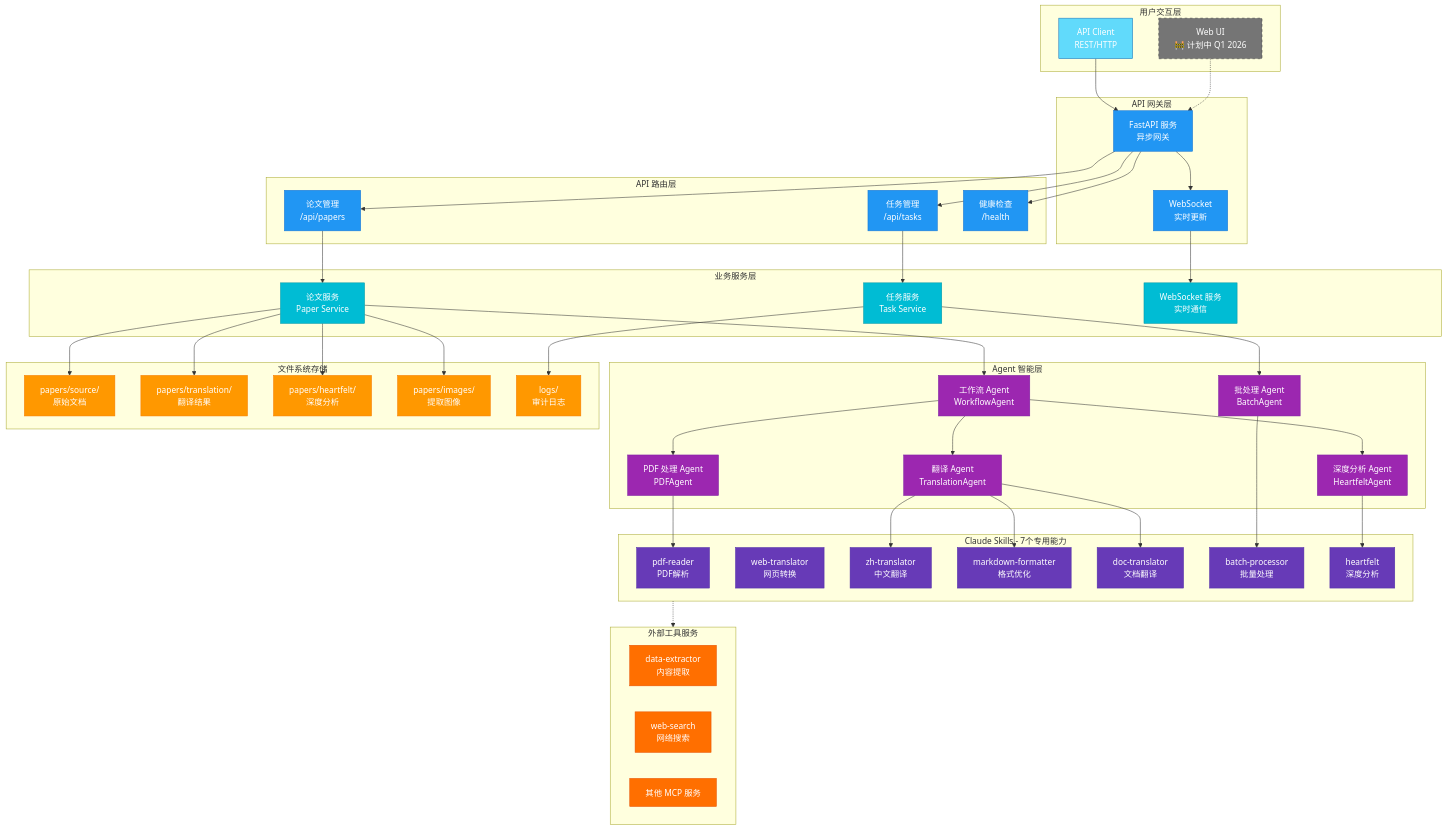
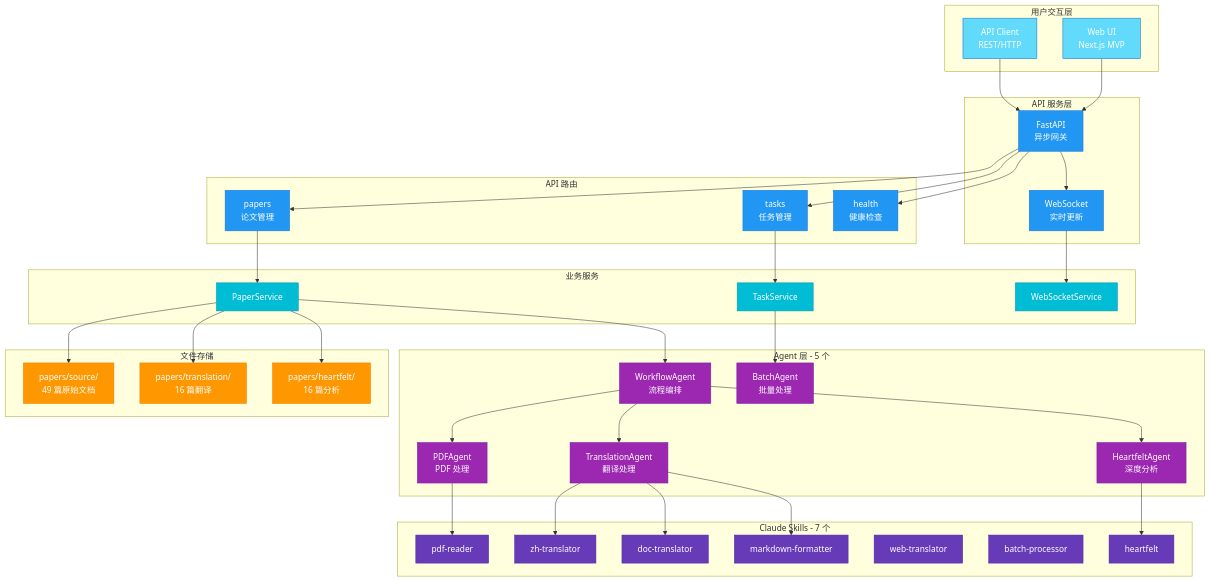
The first of 2 diagrams in docs/001-framework.md (ThreeFish-AI/agentic-ai-cognizes), drawn with Mermaid before and after one commit. The commit also changed other lines of this file and 3 other files, not shown here.

````diff
--- a/docs/001-framework.md
+++ b/docs/001-framework.md
@@ -33,68 +9,59 @@
     %% 用户交互层
     subgraph UserLayer [用户交互层]
         A[API Client<br/>REST/HTTP]
-        B[Web UI<br/>🚧 计划中 Q1 2026]
+        B[Web UI<br/>Next.js MVP]
     end
 
     %% API 网关层
-    subgraph GatewayLayer [API 网关层]
-        C[FastAPI 服务<br/>异步网关]
+    subgraph GatewayLayer [API 服务层]
+        C[FastAPI<br/>异步网关]
         D[WebSocket<br/>实时更新]
     end
 
     %% 路由层
-    subgraph RouteLayer [API 路由层]
-        E[论文管理<br/>/api/papers]
-        F[任务管理<br/>/api/tasks]
-        G[健康检查<br/>/health]
+    subgraph RouteLayer [API 路由]
+        E["papers<br/>论文管理"]
+        F["tasks<br/>任务管理"]
+        G["health<br/>健康检查"]
     end
 
     %% 服务层
-    subgraph ServiceLayer [业务服务层]
-        H[论文服务<br/>Paper Service]
-        I[任务服务<br/>Task Service]
-        J[WebSocket 服务<br/>实时通信]
+    subgraph ServiceLayer [业务服务]
+        H[PaperService]
+        I[TaskService]
+        J[WebSocketService]
     end
 
     %% Agent 智能层
-    subgraph AgentLayer [Agent 智能层]
-        K[工作流 Agent<br/>WorkflowAgent]
-        L[批处理 Agent<br/>BatchAgent]
-        M[PDF 处理 Agent<br/>PDFAgent]
-        N[翻译 Agent<br/>TranslationAgent]
-        O[深度分析 Agent<br/>HeartfeltAgent]
+    subgraph AgentLayer [Agent 层 - 5 个]
+        K[WorkflowAgent<br/>流程编排]
+        L[PDFAgent<br/>PDF 处理]
+        M[TranslationAgent<br/>翻译处理]
+        N[BatchAgent<br/>批量处理]
+        O[HeartfeltAgent<br/>深度分析]
     end
 
-    %% Claude Skills 能力层
-    subgraph SkillLayer [Claude Skills - 7个专用能力]
-        P[pdf-reader<br/>PDF解析]
-        Q[web-translator<br/>网页转换]
-        R[zh-translator<br/>中文翻译]
-        S[markdown-formatter<br/>格式优化]
-        T[doc-translator<br/>文档翻译]
-        U[batch-processor<br/>批量处理]
-        V[heartfelt<br/>深度分析]
-    end
-
-    %% 外部工具层
-    subgraph ExternalLayer [外部工具服务]
-        W[data-extractor<br/>内容提取]
-        X[web-search<br/>网络搜索]
-        Y[其他 MCP 服务]
+    %% Skills 能力层
+    subgraph SkillLayer [Claude Skills - 7 个]
+        P[pdf-reader]
+        Q[zh-translator]
+        R[doc-translator]
+        S[markdown-formatter]
+        T[web-translator]
+        U[batch-processor]
+        V[heartfelt]
     end
 
     %% 存储层
-    subgraph StorageLayer [文件系统存储]
-        Z1[papers/source/<br/>原始文档]
-        Z2[papers/translation/<br/>翻译结果]
-        Z3[papers/heartfelt/<br/>深度分析]
-        Z4[papers/images/<br/>提取图像]
-        Z5[logs/<br/>审计日志]
+    subgraph StorageLayer [文件存储]
+        Z1[papers/source/<br/>49 篇原始文档]
+        Z2[papers/translation/<br/>16 篇翻译]
+        Z3[papers/heartfelt/<br/>16 篇分析]
     end
 
     %% 连接关系
     A --> C
-    B -.-> C
+    B --> C
     C --> D
     C --> E
     C --> F
@@ -105,42 +72,33 @@
     D --> J
 
     H --> K
-    I --> L
+    I --> N
+    K --> L
     K --> M
-    K --> N
     K --> O
-    L --> U
 
-    M --> P
-    N --> R
-    N --> S
-    N --> T
+    L --> P
+    M --> Q
+    M --> R
+    M --> S
     O --> V
-
-    SkillLayer -.-> ExternalLayer
 
     H --> Z1
     H --> Z2
     H --> Z3
-    H --> Z4
-    I --> Z5
 
-    %% 样式定义 - 深色主题适配
+    %% 样式
     classDef userUI fill:#61DAFB,stroke:#2171B5,color:#fff
     classDef api fill:#2196F3,stroke:#1976D2,color:#fff
     classDef service fill:#00BCD4,stroke:#0097A7,color:#fff
     classDef agent fill:#9C27B0,stroke:#7B1FA2,color:#fff
     classDef skill fill:#673AB7,stroke:#512DA8,color:#fff
-    classDef tool fill:#FF6F00,stroke:#E65100,color:#fff
     classDef storage fill:#FF9800,stroke:#F57C00,color:#fff
-    classDef planned fill:#757575,stroke:#424242,color:#fff,stroke-dasharray: 5 5
 
     class A,B userUI
     class C,D,E,F,G api
     class H,I,J service
     class K,L,M,N,O agent
     class P,Q,R,S,T,U,V skill
-    class W,X,Y tool
-    class Z1,Z2,Z3,Z4,Z5 storage
-    class B planned
+    class Z1,Z2,Z3 storage
 ```
````
